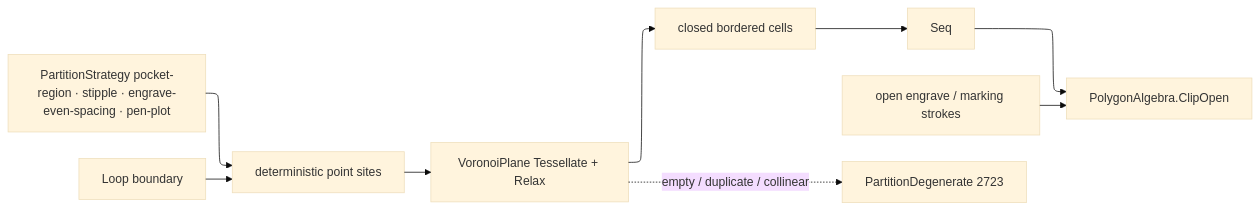
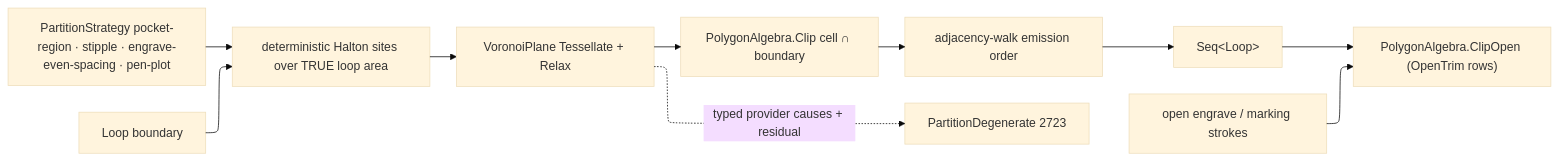
The diagram in libs/csharp/Rasm.Fabrication/.planning/Toolpath/partition.md (bsamiee/Rasm), drawn with Mermaid before and after one commit. The commit also changed other lines of this file and 79 other files, not shown here.

````diff
--- a/libs/csharp/Rasm.Fabrication/.planning/Toolpath/partition.md
+++ b/libs/csharp/Rasm.Fabrication/.planning/Toolpath/partition.md
@@ -164,25 +195,27 @@
 ```mermaid
 ---
 config:
   layout: elk
   theme: base
 ---
 flowchart LR
     Strategy["PartitionStrategy pocket-region · stipple · engrave-even-spacing · pen-plot"]
     Boundary["Loop boundary"]
-    Sites["deterministic point sites"]
+    Sites["deterministic Halton sites over TRUE loop area"]
     Voronoi["VoronoiPlane Tessellate + Relax"]
-    Cells["closed bordered cells"]
-    Regions["Seq<Loop>"]
-    Open["open engrave / marking strokes"]
-    Clip["PolygonAlgebra.ClipOpen"]
+    Clip["PolygonAlgebra.Clip cell ∩ boundary"]
+    Order["adjacency-walk emission order"]
+    Regions["Seq&lt;Loop&gt;"]
+    Strokes["open engrave / marking strokes"]
+    Trim["PolygonAlgebra.ClipOpen (OpenTrim rows)"]
     Fault["PartitionDegenerate 2723"]
     Strategy --> Sites
     Boundary --> Sites
     Sites --> Voronoi
-    Voronoi --> Cells
-    Cells --> Regions
-    Open --> Clip
-    Regions --> Clip
-    Voronoi -. empty / duplicate / collinear .-> Fault
+    Voronoi --> Clip
+    Clip --> Order
+    Order --> Regions
+    Strokes --> Trim
+    Regions --> Trim
+    Voronoi -. typed provider causes + residual .-> Fault
 ```
````
